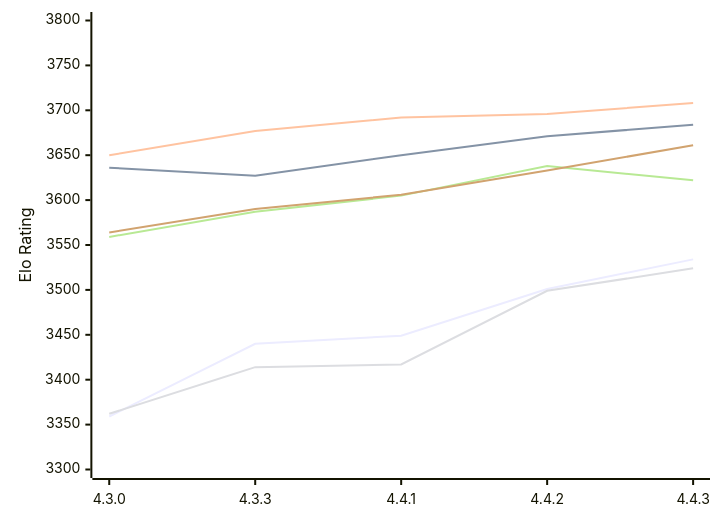
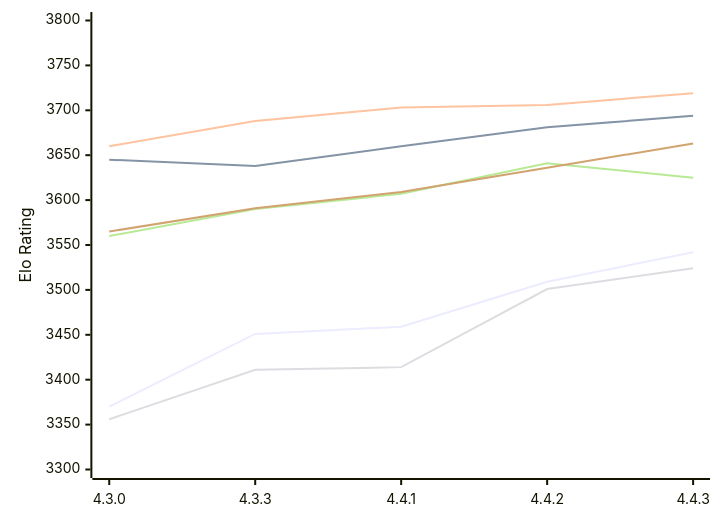
Before and after one commit to computer-chess-index/cci: the first of 2 diagrams in engines/Gaia.md, drawn with Mermaid. The commit also changed other lines of this file, not shown here.

Commit message:
Update CCI Ratings (ELO VLTC) - 2026-11-16

````diff
--- a/engines/Gaia.md
+++ b/engines/Gaia.md
@@ -61,12 +61,12 @@
 ```mermaid
 %%{init: {"theme":"base","themeVariables":{"seriesColors:['#a3a3a3','#222221','#faa371']}}}%%
 xychart-beta
   x-axis ["4.3.0", "4.3.3", "4.4.1", "4.4.2", "4.4.3"]
   y-axis "Elo Rating" 3300 --> 3800
-  line "E1: STC (8.0+0.08s)" [3359, 3440, 3449, 3501, 3534]
-  line "E1: LTC (60.0+0.60s)" [3636, 3627, 3650, 3671, 3684]
-  line "E1: VLTC (2m24s+1.12s)" [3650, 3677, 3692, 3696, 3708]
-  line "P1: STC (8.0+0.08s)" [3362, 3414, 3417, 3499, 3524]
-  line "P1: LTC (60.0+0.60s)" [3559, 3587, 3605, 3638, 3622]
-  line "P1: VLTC (2m24s+1.12s)" [3564, 3590, 3606, 3633, 3661]
+  line "E1: STC (8.0+0.08s)" [3370, 3451, 3459, 3509, 3542]
+  line "E1: LTC (60.0+0.60s)" [3645, 3638, 3660, 3681, 3694]
+  line "E1: VLTC (2m24s+1.12s)" [3660, 3688, 3703, 3706, 3719]
+  line "P1: STC (8.0+0.08s)" [3356, 3411, 3414, 3501, 3524]
+  line "P1: LTC (60.0+0.60s)" [3560, 3590, 3607, 3641, 3625]
+  line "P1: VLTC (2m24s+1.12s)" [3565, 3591, 3609, 3636, 3663]
 ```
````
